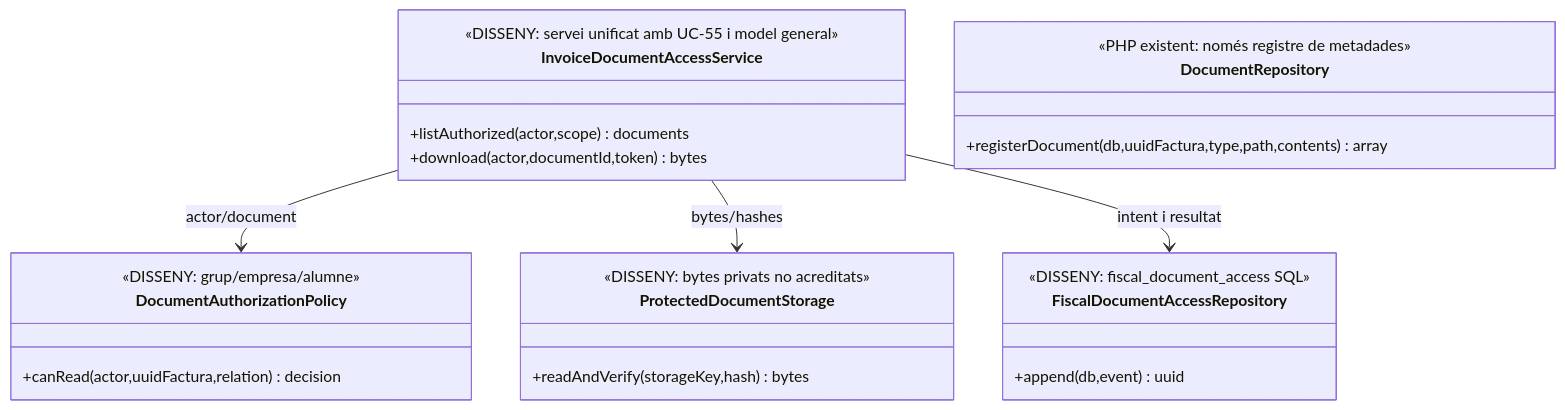
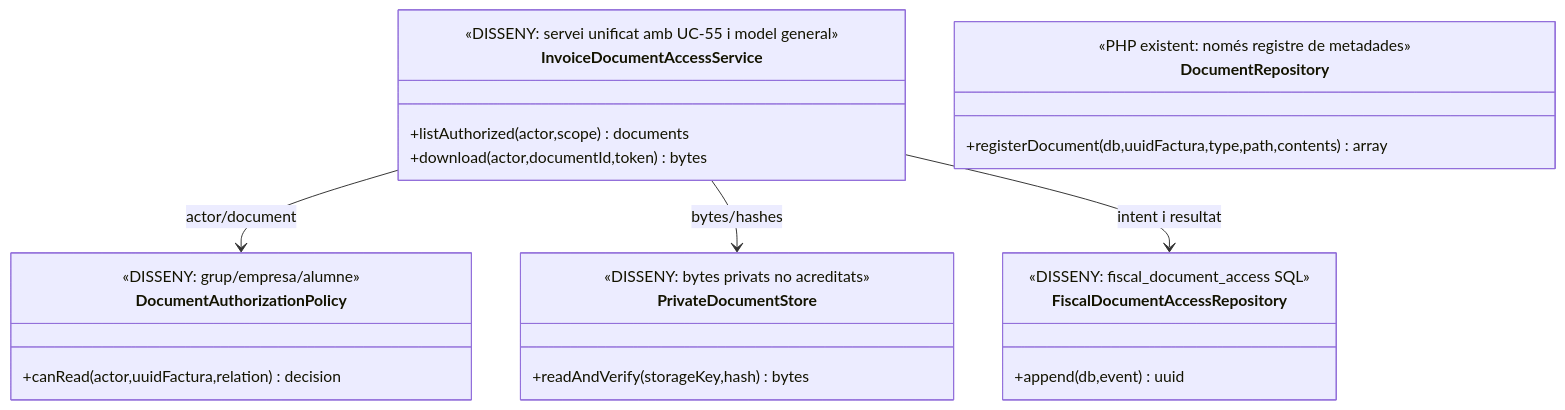
One commit to orgmeriemprismacat-del/verifactu changed the second of 7 diagrams in documentacio/07-uml-integrat/uc-080-servir-registrar-acces-document-fiscal.md. Above: the diagram before and after it, drawn with Mermaid. The commit also changed other lines of this file, not shown here.

Commit message:
docs(uml): unificar el contracte de consulta documental entre UC-55 UC-80 i el model transversal

````diff
--- a/documentacio/07-uml-integrat/uc-080-servir-registrar-acces-document-fiscal.md
+++ b/documentacio/07-uml-integrat/uc-080-servir-registrar-acces-document-fiscal.md
@@ -80,27 +80,27 @@
 ```mermaid
 classDiagram
 class InvoiceDocumentAccessService {
  <<DISSENY: servei unificat amb UC-55 i model general>>
  +listAuthorized(actor,scope) documents
  +download(actor,documentId,token) bytes
 }
 class DocumentAuthorizationPolicy {
  <<DISSENY: grup/empresa/alumne>>
  +canRead(actor,uuidFactura,relation) decision
 }
 class FiscalDocumentAccessRepository {
  <<DISSENY: fiscal_document_access SQL>>
  +append(db,event) uuid
 }
-class ProtectedDocumentStorage {
+class PrivateDocumentStore {
  <<DISSENY: bytes privats no acreditats>>
  +readAndVerify(storageKey,hash) bytes
 }
 class DocumentRepository {
  <<PHP existent: només registre de metadades>>
  +registerDocument(db,uuidFactura,type,path,contents) array
 }
 InvoiceDocumentAccessService --> DocumentAuthorizationPolicy : actor/document
-InvoiceDocumentAccessService --> ProtectedDocumentStorage : bytes/hashes
+InvoiceDocumentAccessService --> PrivateDocumentStore : bytes/hashes
 InvoiceDocumentAccessService --> FiscalDocumentAccessRepository : intent i resultat
 ```
````
